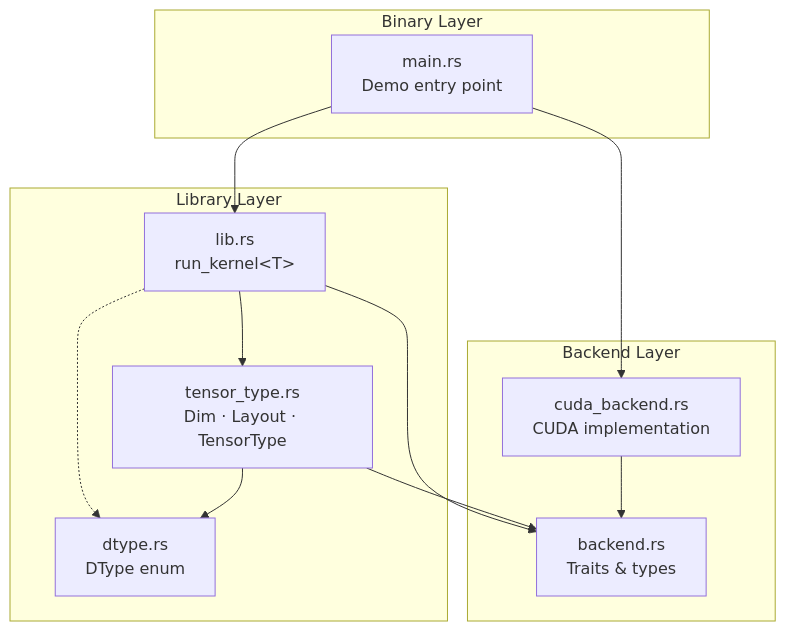
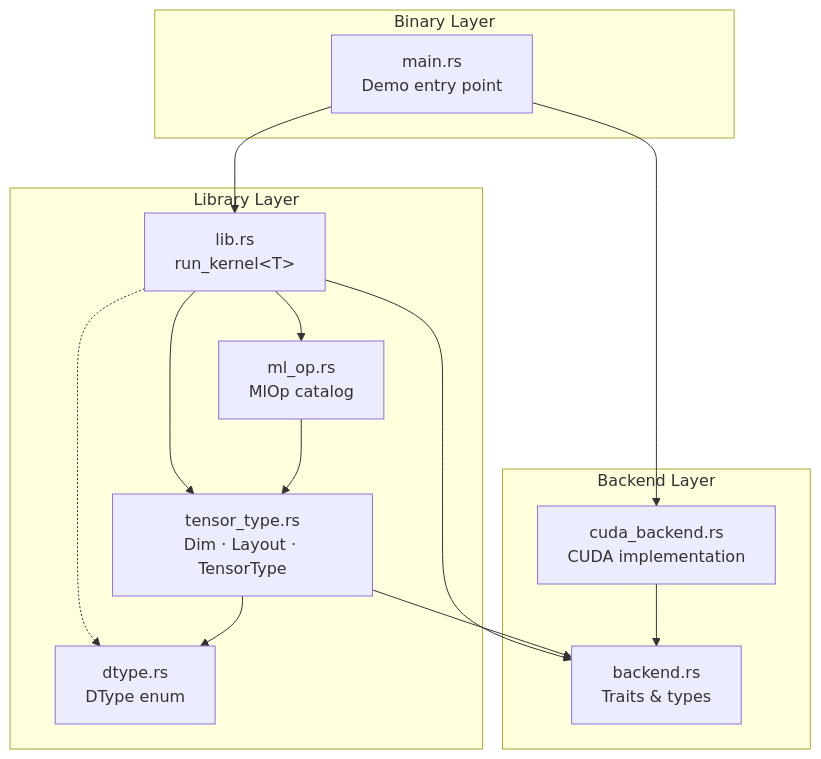
One commit to vansweej/graphynx changed the first of 4 diagrams in docs/architecture.md. Above: the diagram before and after it, drawn with Mermaid. The commit also changed other lines of this file and 4 other files, not shown here.

````diff
--- a/docs/architecture.md
+++ b/docs/architecture.md
@@ -9,26 +9,29 @@
 ```mermaid
 graph TB
     subgraph "Binary Layer"
         main["main.rs<br/>Demo entry point"]
     end
 
     subgraph "Library Layer"
         lib["lib.rs<br/>run_kernel&lt;T&gt;"]
         dtype["dtype.rs<br/>DType enum"]
         tensor_type["tensor_type.rs<br/>Dim · Layout · TensorType"]
+        ml_op["ml_op.rs<br/>MlOp catalog"]
     end
 
     subgraph "Backend Layer"
         backend["backend.rs<br/>Traits & types"]
         cuda["cuda_backend.rs<br/>CUDA implementation"]
     end
 
     main --> lib
     main --> cuda
     lib --> backend
     lib --> tensor_type
+    lib --> ml_op
     cuda --> backend
     lib -.-> dtype
     tensor_type --> dtype
     tensor_type --> backend
+    ml_op --> tensor_type
 ```
````
